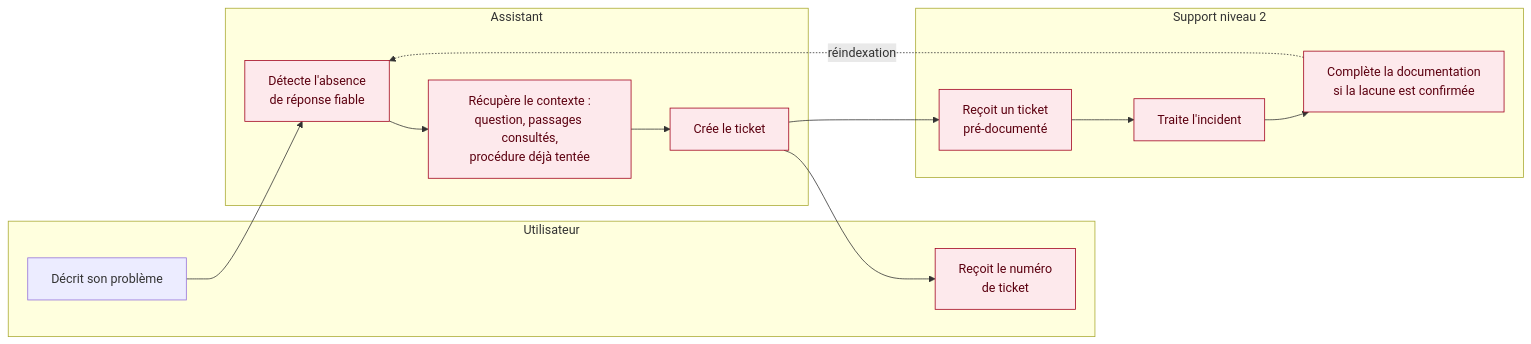
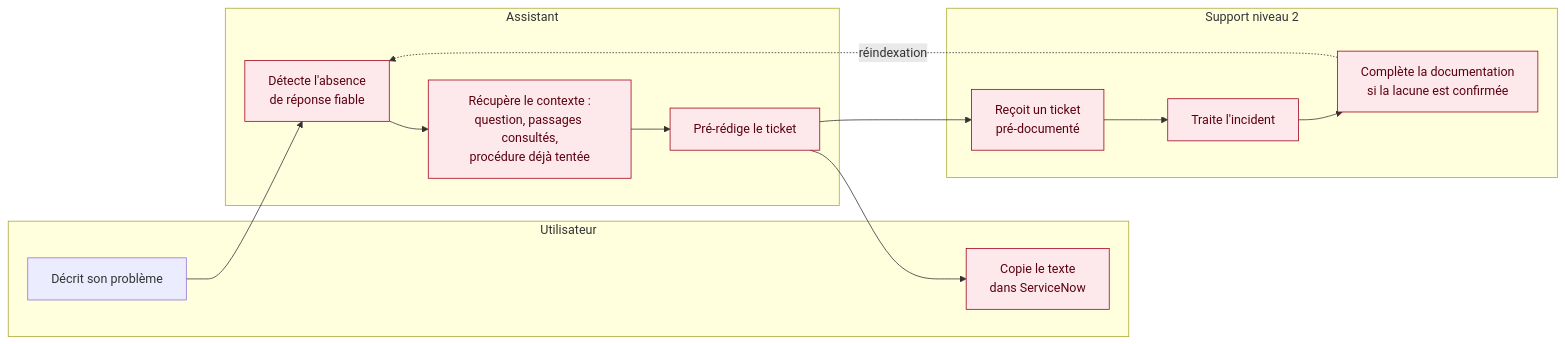
The diagram in 10-userflow-escalade-n2.md (margotmc-web/Chatbot_PPV_BC07), drawn with Mermaid before and after one commit. The commit also changed 11 other files, not shown here.

First line of the commit message:
Mise à jour BC07 : ticket pré-rédigé, benchmark, revue de code, plan de release

````diff
--- a/10-userflow-escalade-n2.md
+++ b/10-userflow-escalade-n2.md
@@ -3,25 +3,25 @@
 ```mermaid
 flowchart LR
     subgraph U["Utilisateur"]
         U1["Décrit son problème"]
-        U2["Reçoit le numéro<br/>de ticket"]
+        U2["Copie le texte<br/>dans ServiceNow"]
     end
     subgraph A["Assistant"]
         A1["Détecte l'absence<br/>de réponse fiable"]
         A2["Récupère le contexte :<br/>question, passages consultés,<br/>procédure déjà tentée"]
-        A3["Crée le ticket"]
+        A3["Pré-rédige le ticket"]
     end
     subgraph N2["Support niveau 2"]
         N1["Reçoit un ticket<br/>pré-documenté"]
         N3["Traite l'incident"]
         N4["Complète la documentation<br/>si la lacune est confirmée"]
     end
 
     U1 --> A1 --> A2 --> A3 --> N1 --> N3
     A3 --> U2
     N3 --> N4
     N4 -.->|réindexation| A1
 
     classDef todo fill:#fde9ec,stroke:#a1001c,color:#5c0010;
     class A1,A2,A3,N1,N3,N4,U2 todo
 ```
````
